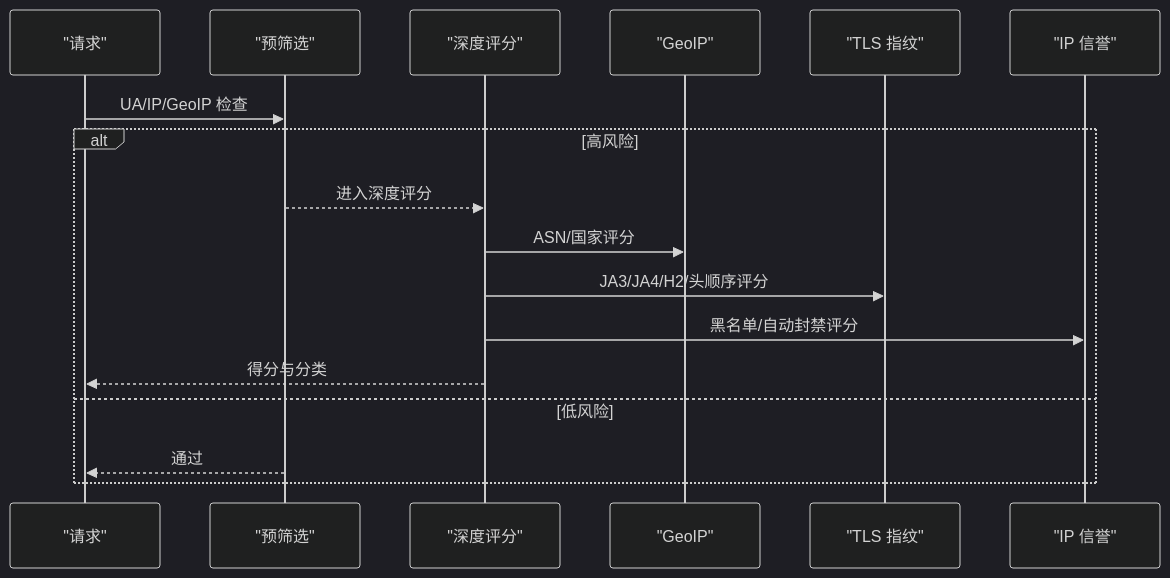
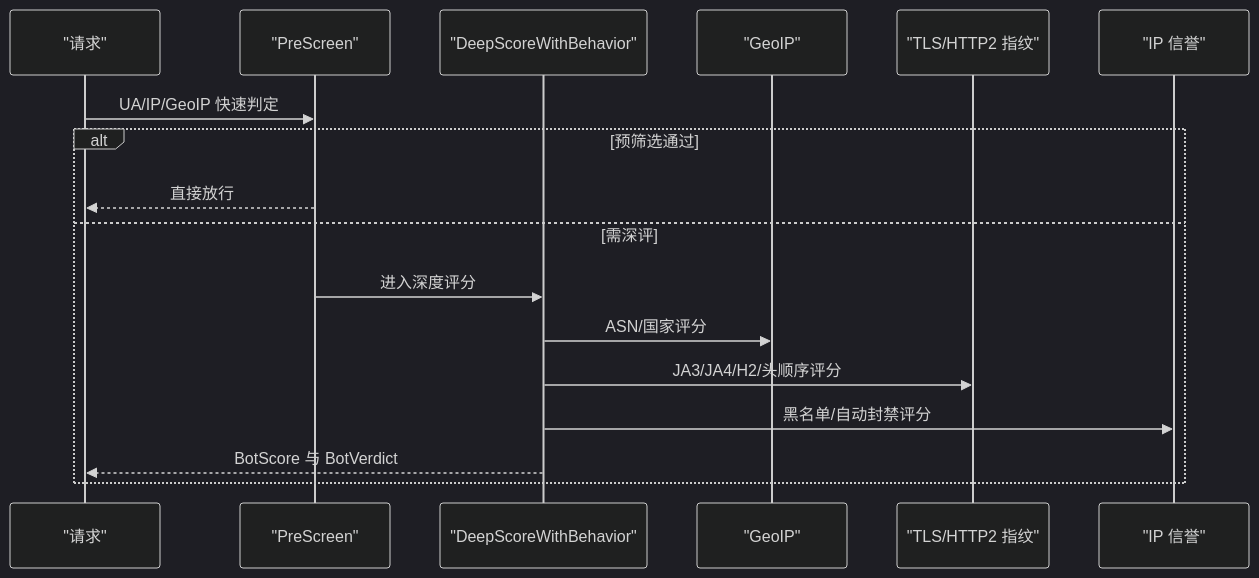
The seventh of 9 diagrams in docs/安全防护功能/OWASP 检测/检测算法与技术.md (x01n/My-OpenWaf), drawn with Mermaid (dark theme) before and after one commit. The commit also changed other lines of this file and 622 other files, not shown here.

````diff
--- a/docs/安全防护功能/OWASP 检测/检测算法与技术.md
+++ b/docs/安全防护功能/OWASP 检测/检测算法与技术.md
@@ -251,19 +462,19 @@
 ```mermaid
 sequenceDiagram
 participant Req as "请求"
-participant Pre as "预筛选"
-participant Deep as "深度评分"
+participant Pre as "PreScreen"
+participant Deep as "DeepScoreWithBehavior"
 participant Geo as "GeoIP"
-participant TLS as "TLS 指纹"
+participant TLS as "TLS/HTTP2 指纹"
 participant IP as "IP 信誉"
-Req->>Pre : UA/IP/GeoIP 检查
-alt 高风险
-Pre-->>Deep : 进入深度评分
+Req->>Pre : UA/IP/GeoIP 快速判定
+alt 预筛选通过
+Pre-->>Req : 直接放行
+else 需深评
+Pre->>Deep : 进入深度评分
 Deep->>Geo : ASN/国家评分
 Deep->>TLS : JA3/JA4/H2/头顺序评分
 Deep->>IP : 黑名单/自动封禁评分
-Deep-->>Req : 得分与分类
-else 低风险
-Pre-->>Req : 通过
+Deep-->>Req : BotScore 与 BotVerdict
 end
 ```
````
